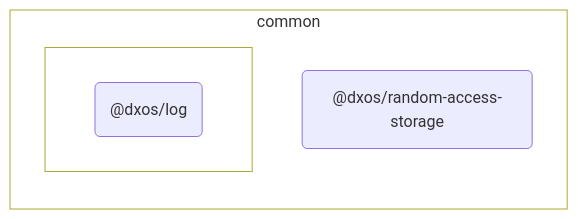
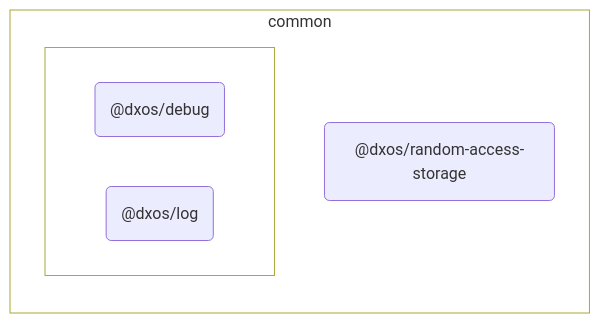
One commit to dxos/dxos changed the diagram in packages/common/random-access-storage/docs/README.md. Above: the diagram before and after it, drawn with Mermaid. The commit also changed other lines of this file and 41 other files, not shown here.

````diff
--- a/packages/common/random-access-storage/docs/README.md
+++ b/packages/common/random-access-storage/docs/README.md
@@ -7,23 +7,25 @@
 ```mermaid
 %%{ init: {'flowchart':{'curve':'basis'}} }%%
 
 flowchart LR
 
 %% Classes
 
 
 
 %% Nodes
 
 subgraph common [common]
   style common fill:transparent
   dxos/random-access-storage("@dxos/random-access-storage"):::root
   click dxos/random-access-storage "dxos/dxos/tree/main/packages/common/random-access-storage/docs"
 
   subgraph _ [ ]
     style _ fill:transparent
+    dxos/debug("@dxos/debug"):::def
+    click dxos/debug "dxos/dxos/tree/main/packages/common/debug/docs"
     dxos/log("@dxos/log"):::def
     click dxos/log "dxos/dxos/tree/main/packages/common/log/docs"
   end
 end
 ```
````
